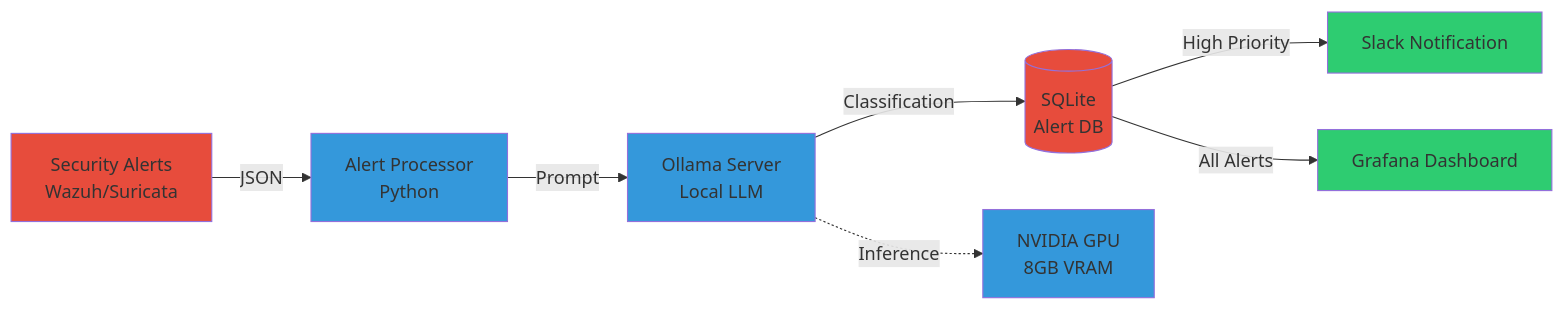
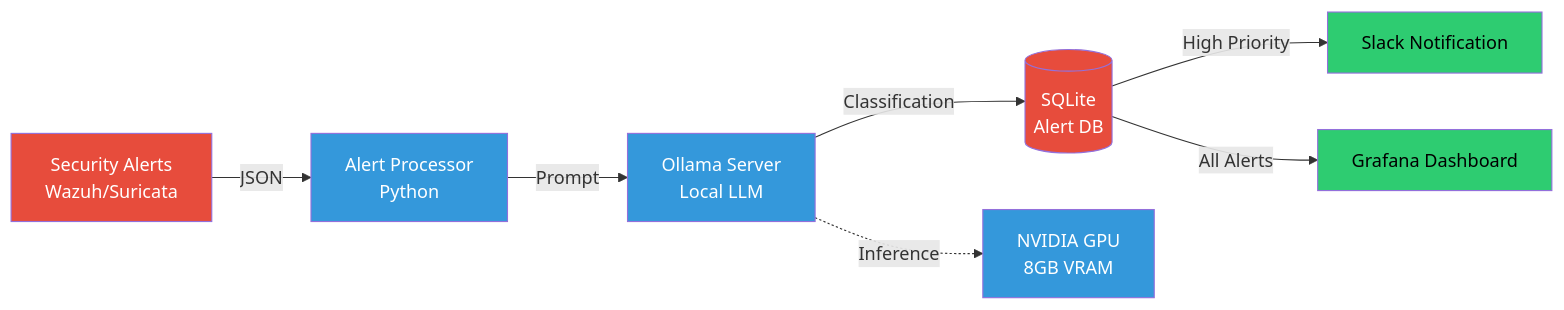
The first of 2 diagrams in src/posts/2025-01-22-llm-security-alert-triage-local.md (williamzujkowski/williamzujkowski.github.io), drawn with Mermaid before and after one commit. The commit also changed other lines of this file and 40 other files, not shown here.

First line of the commit message:
fix(blog): add explicit text color to all mermaid classDef/style (#171)

````diff
--- a/src/posts/2025-01-22-llm-security-alert-triage-local.md
+++ b/src/posts/2025-01-22-llm-security-alert-triage-local.md
@@ -50,19 +50,19 @@
 ```mermaid
 flowchart LR
     Alerts[Security Alerts\nWazuh/Suricata] -->|JSON| Processor[Alert Processor\nPython]
     Processor -->|Prompt| Ollama[Ollama Server\nLocal LLM]
     Ollama -->|Classification| DB[(SQLite\nAlert DB)]
     DB -->|High Priority| Slack[Slack Notification]
     DB -->|All Alerts| Dashboard[Grafana Dashboard]
 
     GPU[NVIDIA GPU\n8GB VRAM]
     Ollama -.->|Inference| GPU
 
-    classDef local fill:#3498db
-    classDef alert fill:#e74c3c
-    classDef output fill:#2ecc71
+    classDef local fill:#3498db,color:#fff
+    classDef alert fill:#e74c3c,color:#fff
+    classDef output fill:#2ecc71,color:#000
 
     class Processor,Ollama,GPU local
     class Alerts,DB alert
     class Slack,Dashboard output
 ```
````
